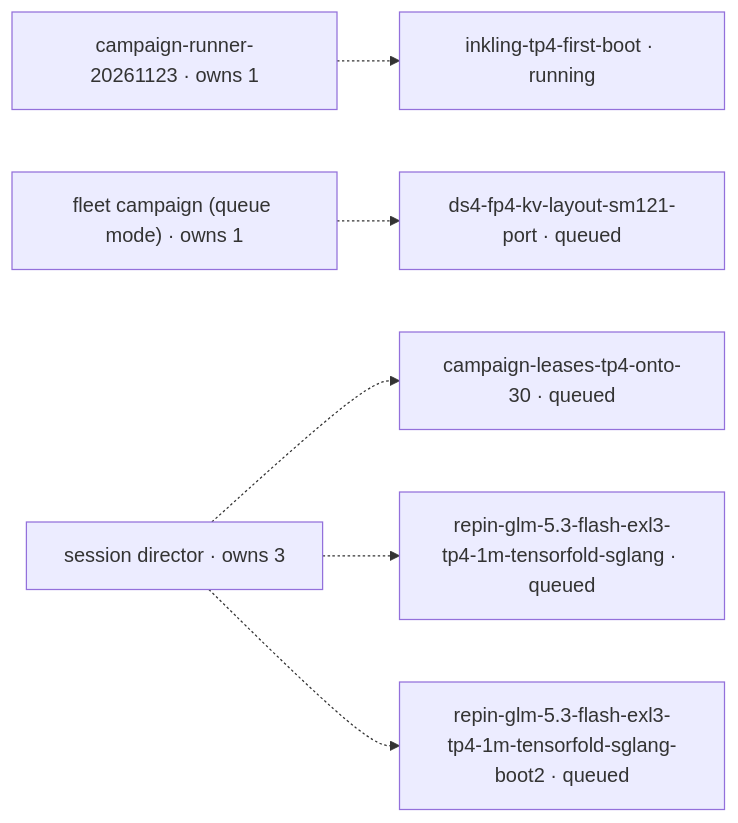
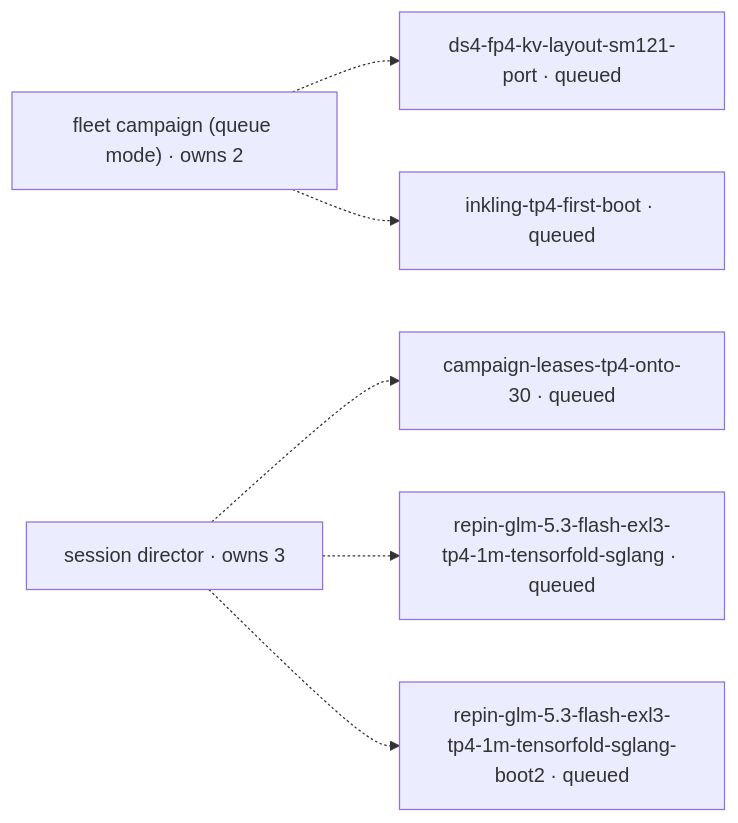
The diagram in mad-science/STATUS.md (littlecedar/sparkrun-recipe-registry), drawn with Mermaid before and after one commit. The commit also changed other lines of this file, not shown here.

````diff
--- a/mad-science/STATUS.md
+++ b/mad-science/STATUS.md
@@ -22,18 +22,17 @@
 ```mermaid
 flowchart LR
-  %% 0 blocked, 0 blocker edge(s), 5 drained by campaign-runner-20261123 (1), fleet campaign (queue mode) (1), session director (3)
-  r1["campaign-runner-20261123 · owns 1"]
-  r2["fleet campaign (queue mode) · owns 1"]
-  r3["session director · owns 3"]
+  %% 0 blocked, 0 blocker edge(s), 5 drained by fleet campaign (queue mode) (2), session director (3)
+  r1["fleet campaign (queue mode) · owns 2"]
+  r2["session director · owns 3"]
   t1["campaign-leases-tp4-onto-30 · queued"]
   t2["ds4-fp4-kv-layout-sm121-port · queued"]
-  t3["inkling-tp4-first-boot · running"]
+  t3["inkling-tp4-first-boot · queued"]
   t4["repin-glm-5.3-flash-exl3-tp4-1m-tensorfold-sglang · queued"]
   t5["repin-glm-5.3-flash-exl3-tp4-1m-tensorfold-sglang-boot2 · queued"]
+  r1 -.-> t2
   r1 -.-> t3
-  r2 -.-> t2
-  r3 -.-> t1
-  r3 -.-> t4
-  r3 -.-> t5
+  r2 -.-> t1
+  r2 -.-> t4
+  r2 -.-> t5
   classDef no-recorded-edge stroke-dasharray: 4 3
 ```
````
